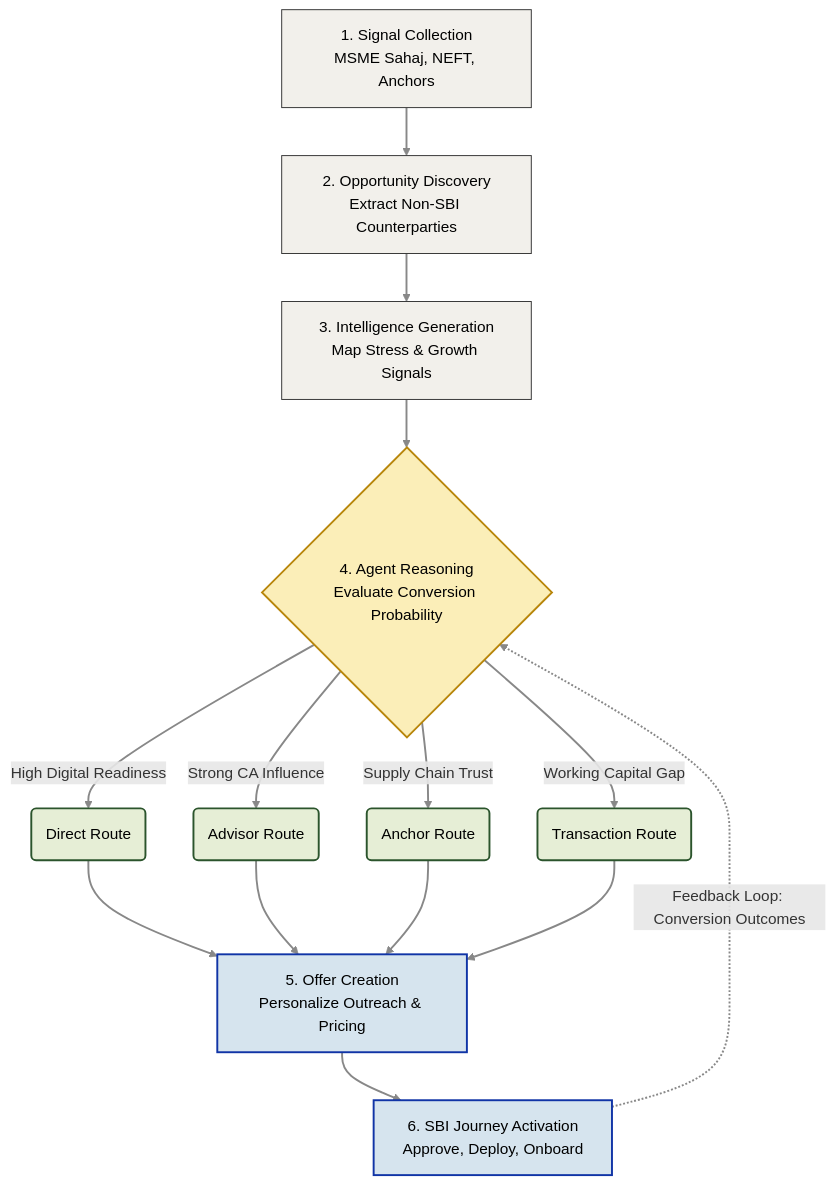
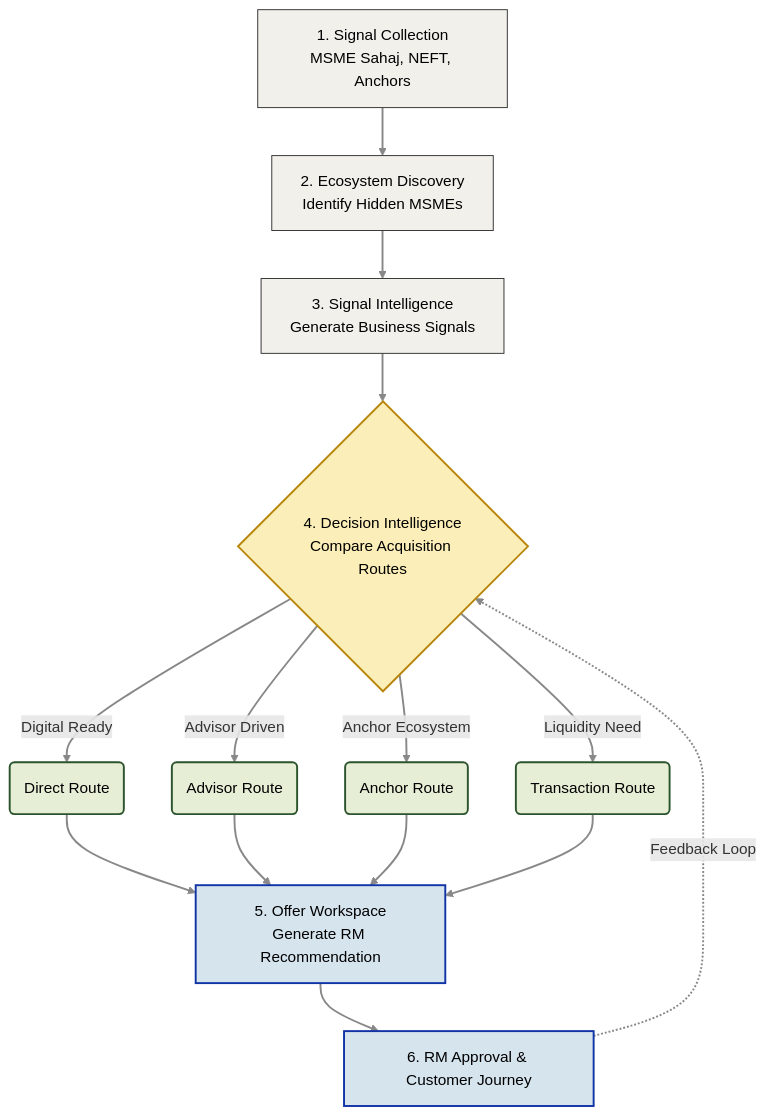
The diagram in architecture/architecture_explanation.md (BlackIron007/sahaj-pathfinder), drawn with Mermaid before and after one commit. The commit also changed other lines of this file and 1 other file, not shown here.

Commit message:
Updated /architecture to match the newer app

````diff
--- a/architecture/architecture_explanation.md
+++ b/architecture/architecture_explanation.md
@@ -9,27 +25,26 @@
 ```mermaid
 flowchart TD
     %% Theme-Safe Styling
     classDef signal fill:#f2f0eb,stroke:#333,stroke-width:1px,color:#000;
     classDef agent fill:#fbeeb8,stroke:#b8860b,stroke-width:2px,color:#000;
     classDef route fill:#e6eed6,stroke:#2b542c,stroke-width:2px,color:#000;
     classDef action fill:#d6e4ee,stroke:#1034a6,stroke-width:2px,color:#000;
     linkStyle default stroke:#888,stroke-width:2px;
 
-    A[1. Signal Collection\nMSME Sahaj, NEFT, Anchors]:::signal --> B[2. Opportunity Discovery\nExtract Non-SBI Counterparties]:::signal
-    B --> C[3. Intelligence Generation\nMap Stress & Growth Signals]:::signal
-    C --> D{4. Agent Reasoning\nEvaluate Conversion Probability}:::agent
-    
-    D -->|High Digital Readiness| E1(Direct Route):::route
-    D -->|Strong CA Influence| E2(Advisor Route):::route
-    D -->|Supply Chain Trust| E3(Anchor Route):::route
-    D -->|Working Capital Gap| E4(Transaction Route):::route
-    
-    E1 --> F[5. Offer Creation\nPersonalize Outreach & Pricing]:::action
+    A[1. Signal Collection\nMSME Sahaj, NEFT, Anchors]:::signal --> B[2. Ecosystem Discovery\nIdentify Hidden MSMEs]:::signal
+    B --> C[3. Signal Intelligence\nGenerate Business Signals]:::signal
+    C --> D{4. Decision Intelligence\nCompare Acquisition Routes}:::agent
+
+    D -->|Digital Ready| E1(Direct Route):::route
+    D -->|Advisor Driven| E2(Advisor Route):::route
+    D -->|Anchor Ecosystem| E3(Anchor Route):::route
+    D -->|Liquidity Need| E4(Transaction Route):::route
+
+    E1 --> F[5. Offer Workspace\nGenerate RM Recommendation]:::action
     E2 --> F
     E3 --> F
     E4 --> F
-    
-    F --> G[6. SBI Journey Activation\nApprove, Deploy, Onboard]:::action
-    G -.->|Feedback Loop: Conversion Outcomes| D
 
+    F --> G[6. RM Approval & Customer Journey]:::action
+    G -.->|Feedback Loop| D
 ```
````
